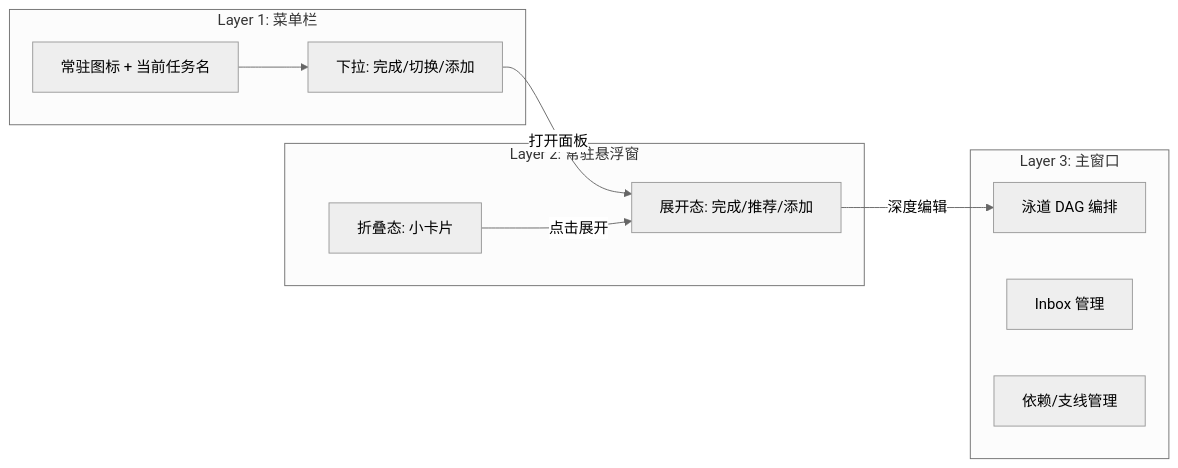
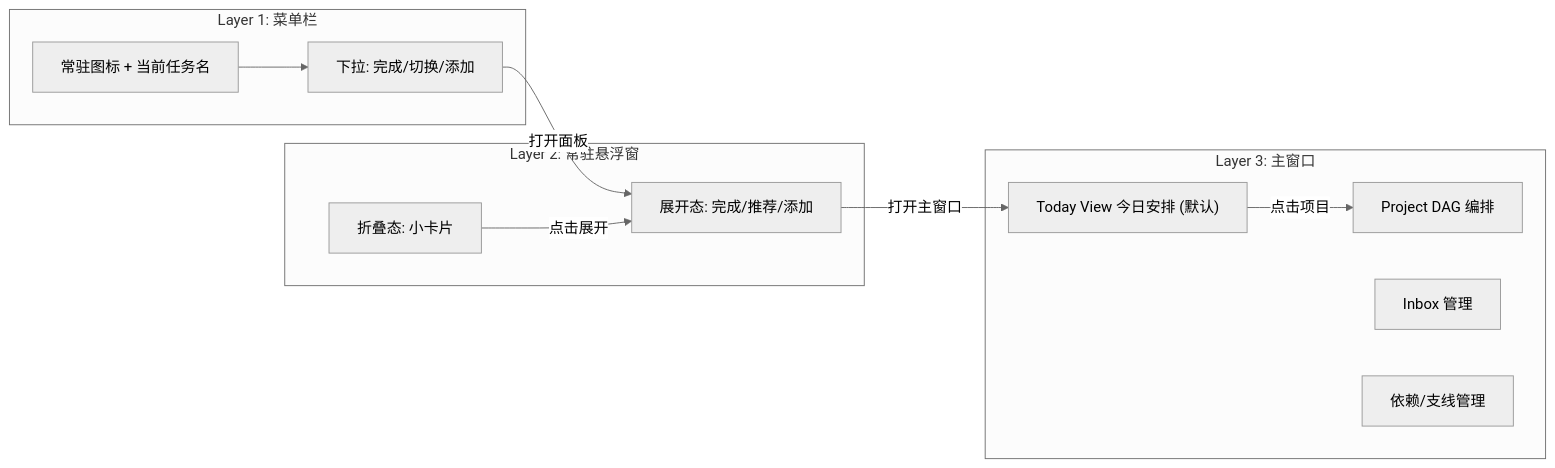
The first of 5 diagrams in .cursor/plans/human_composer_产品设计_7db1e838.plan.md (ArtrixTech/human-composer), drawn with Mermaid (neutral theme) before and after one commit. The commit also changed other lines of this file and 2 other files, not shown here.

First line of the commit message:
docs: align product design with person-centric Today View

````diff
--- a/.cursor/plans/human_composer_产品设计_7db1e838.plan.md
+++ b/.cursor/plans/human_composer_产品设计_7db1e838.plan.md
@@ -45,20 +58,22 @@
 ```mermaid
 flowchart LR
     subgraph L1 ["Layer 1: 菜单栏"]
         Tray["常驻图标 + 当前任务名"]
         TrayMenu["下拉: 完成/切换/添加"]
     end
     subgraph L2 ["Layer 2: 常驻悬浮窗"]
         Collapsed["折叠态: 小卡片"]
         Expanded["展开态: 完成/推荐/添加"]
     end
     subgraph L3 ["Layer 3: 主窗口"]
-        DAG["泳道 DAG 编排"]
+        TodayView["Today View 今日安排 (默认)"]
+        DAG["Project DAG 编排"]
         InboxMgr["Inbox 管理"]
         DepEdit["依赖/支线管理"]
     end
     Tray --> TrayMenu
     TrayMenu -->|"打开面板"| Expanded
     Collapsed -->|"点击展开"| Expanded
-    Expanded -->|"深度编辑"| DAG
+    Expanded -->|"打开主窗口"| TodayView
+    TodayView -->|"点击项目"| DAG
 ```
````
